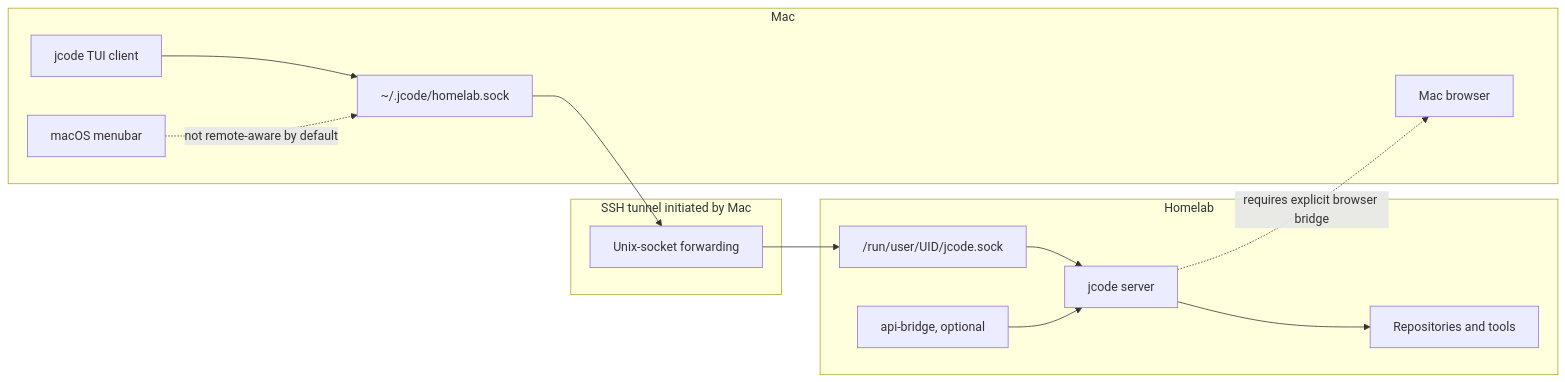
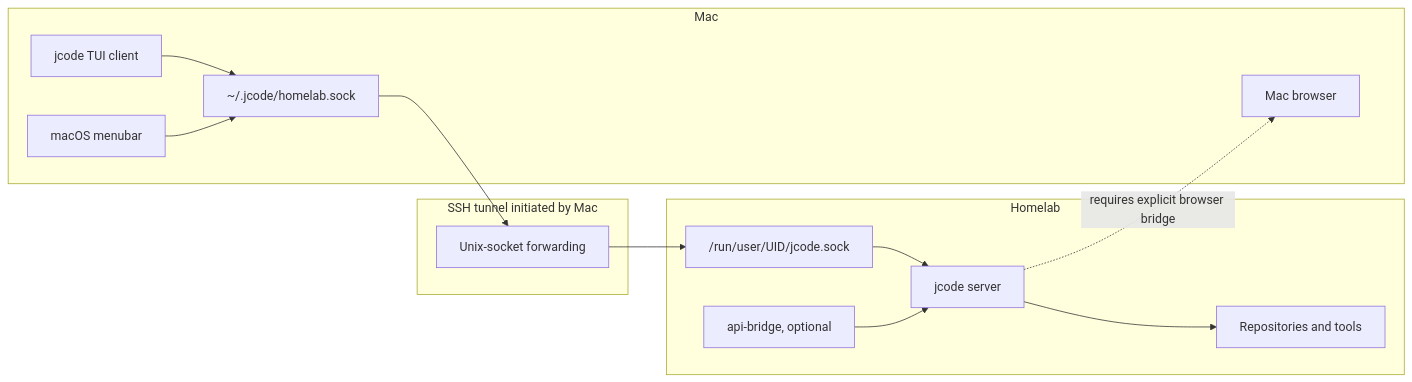
The first of 3 diagrams in docs/MAC_HOMELAB_SSH_TOPOLOGY.md (leonardoacosta/jcode), drawn with Mermaid before and after one commit. The commit also changed other lines of this file and 10 other files, not shown here.

````diff
--- a/docs/MAC_HOMELAB_SSH_TOPOLOGY.md
+++ b/docs/MAC_HOMELAB_SSH_TOPOLOGY.md
@@ -9,26 +9,26 @@
 ```mermaid
 flowchart LR
     subgraph Mac
         MC["jcode TUI client"]
         MS["~/.jcode/homelab.sock"]
         MB["macOS menubar"]
         BC["Mac browser"]
     end
 
     subgraph SSH["SSH tunnel initiated by Mac"]
         ST["Unix-socket forwarding"]
     end
 
     subgraph Homelab
         HS["jcode server"]
         HU["/run/user/UID/jcode.sock"]
         HR["Repositories and tools"]
         HA["api-bridge, optional"]
     end
 
     MC --> MS --> ST --> HU --> HS
     HS --> HR
-    MB -. "not remote-aware by default" .-> MS
+    MB --> MS
     HS -. "requires explicit browser bridge" .-> BC
     HA --> HS
 ```
````
